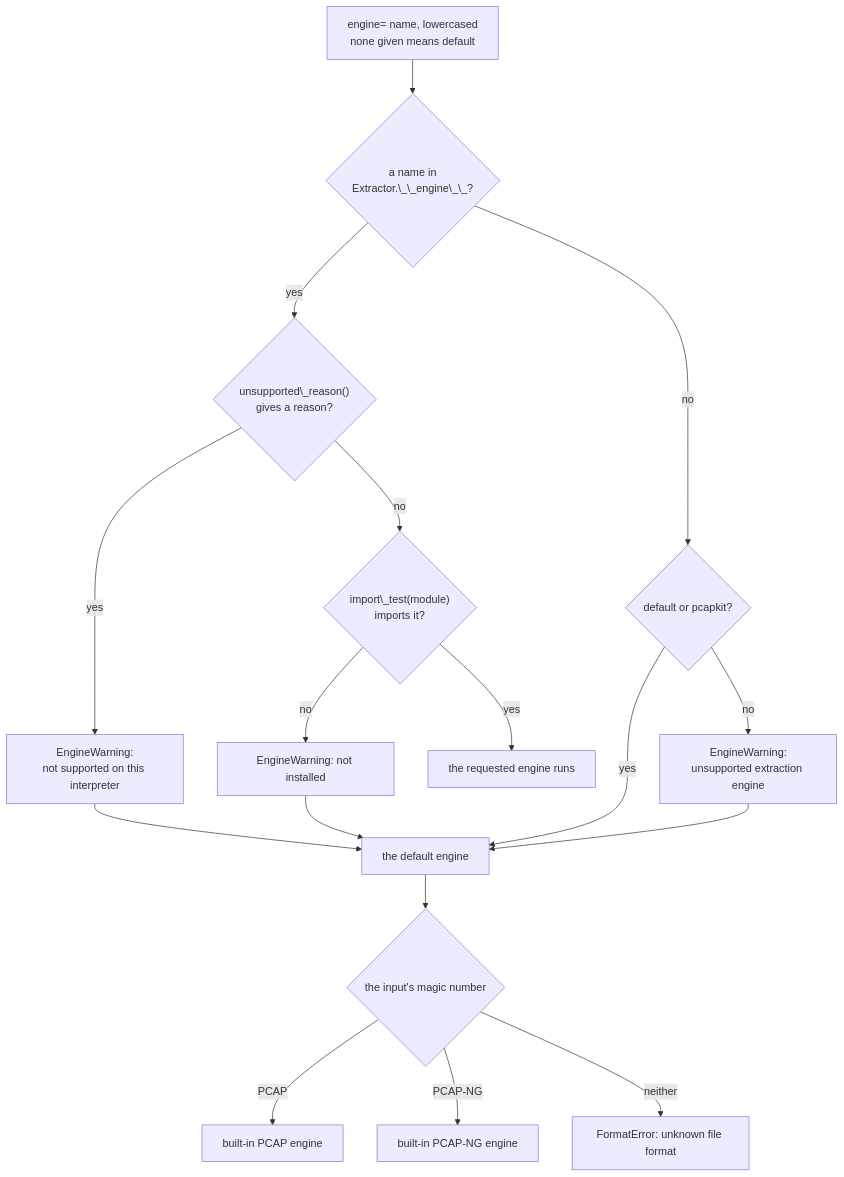
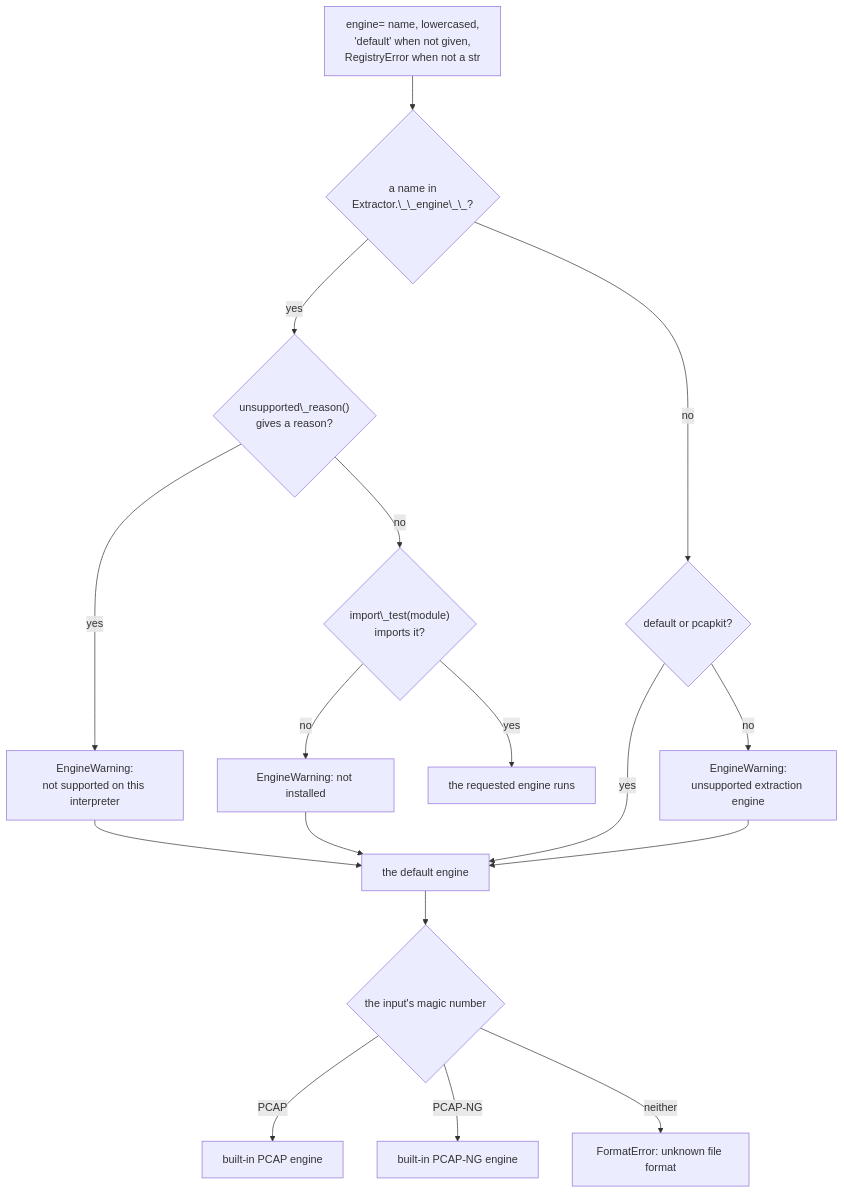
The second of 2 diagrams in docs/source/pcapkit/foundation/engines/index.rst (JarryShaw/PyPCAPKit), drawn with Mermaid before and after one commit. The commit also changed 41 other files, not shown here.

```diff
--- a/docs/source/pcapkit/foundation/engines/index.rst
+++ b/docs/source/pcapkit/foundation/engines/index.rst
@@ -192,35 +192,35 @@
 .. mermaid::
 
    flowchart TD
-       REQ["engine= name, lowercased<br/>none given means default"]
+       REQ["engine= name, lowercased,<br/>'default' when not given,<br/>RegistryError when not a str"]
        K{"a name in<br/>Extractor.\_\_engine\_\_?"}
        U{"unsupported\_reason()<br/>gives a reason?"}
        W2["EngineWarning:<br/>not supported on this interpreter"]
        I{"import\_test(module)<br/>imports it?"}
        W3["EngineWarning: not installed"]
        RUN["the requested engine runs"]
        D{"default or pcapkit?"}
        W1["EngineWarning:<br/>unsupported extraction engine"]
        DEF["the default engine"]
        M{"the input's magic number"}
        PCAP["built-in PCAP engine"]
        PCAPNG["built-in PCAP-NG engine"]
        FE["FormatError: unknown file format"]
 
        REQ --> K
        K -->|yes| U
        U -->|yes| W2 --> DEF
        U -->|no| I
        I -->|yes| RUN
        I -->|no| W3 --> DEF
        K -->|no| D
        D -->|yes| DEF
        D -->|no| W1 --> DEF
        DEF --> M
        M -->|PCAP| PCAP
        M -->|PCAP-NG| PCAPNG
        M -->|neither| FE
 
        click RUN "../extraction.html#pcapkit.foundation.extraction.Extractor.run"
        click DEF "../extraction.html#pcapkit.foundation.extraction.Extractor.run"
        click I "../extraction.html#pcapkit.foundation.extraction.Extractor.import_test"
```
